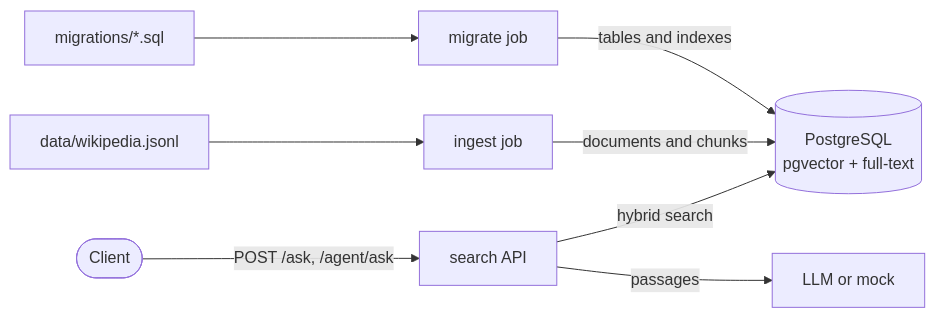
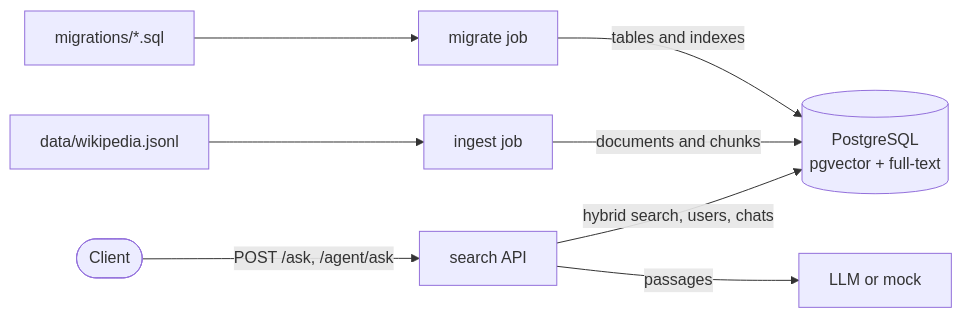
One commit to arkadaz/EGG-assignment changed the first of 2 diagrams in ARCHITECTURE.md. Above: the diagram before and after it, drawn with Mermaid. The commit also changed other lines of this file and 3 other files, not shown here.

First line of the commit message:
docs: bring README, ARCHITECTURE, DEPLOY and search/.env.example up to date

````diff
--- a/ARCHITECTURE.md
+++ b/ARCHITECTURE.md
@@ -5,10 +5,10 @@
 ```mermaid
 flowchart LR
   migrations[migrations/*.sql] --> migrate[migrate job]
   migrate -->|tables and indexes| db[("PostgreSQL<br/>pgvector + full-text")]
   data[data/wikipedia.jsonl] --> ingest[ingest job]
   ingest -->|documents and chunks| db
   client([Client]) -->|POST /ask, /agent/ask| search[search API]
-  search -->|hybrid search| db
+  search -->|hybrid search, users, chats| db
   search -->|passages| llm[LLM or mock]
 ```
````
